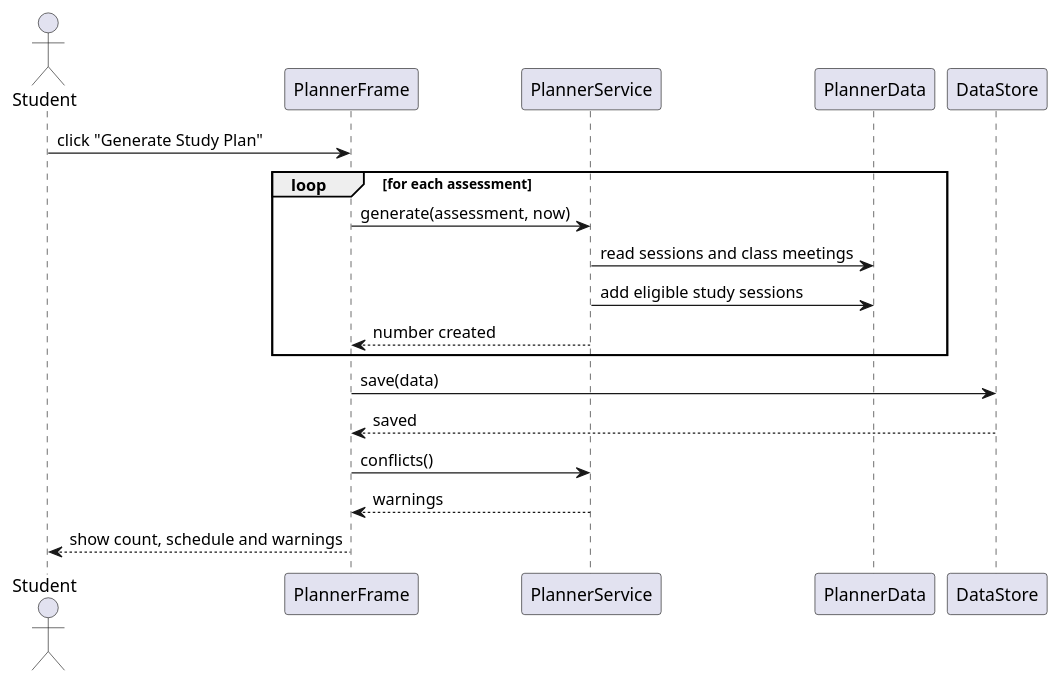
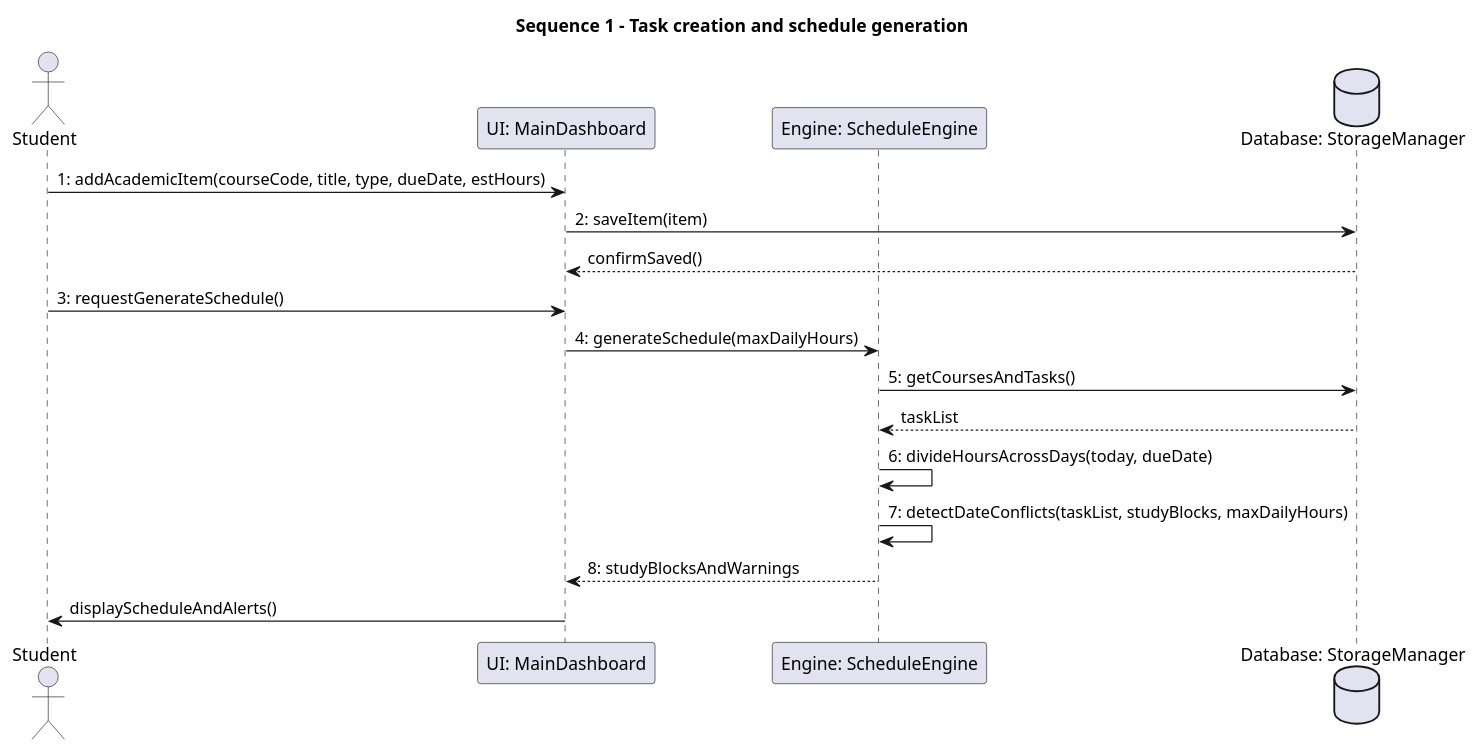
Before and after one commit to bilal-feroz/SAD-project: the diagram in uml/sequence_diagram.puml, drawn with PlantUML. The commit also changed 44 other files, not shown here.

First line of the commit message:
Rebuild the program to the final analysis document

```diff
--- a/uml/sequence_diagram.puml
+++ b/uml/sequence_diagram.puml
@@ -1,19 +1,20 @@
 @startuml
+' Sequence 1 of the final analysis document (section 5.2): task creation and schedule generation.
+title Sequence 1 - Task creation and schedule generation
 actor Student
-participant PlannerFrame
-participant PlannerService
-participant PlannerData
-participant DataStore
-Student -> PlannerFrame : click "Generate Study Plan"
-loop for each assessment
- PlannerFrame -> PlannerService : generate(assessment, now)
- PlannerService -> PlannerData : read sessions and class meetings
- PlannerService -> PlannerData : add eligible study sessions
- PlannerService --> PlannerFrame : number created
-end
-PlannerFrame -> DataStore : save(data)
-DataStore --> PlannerFrame : saved
-PlannerFrame -> PlannerService : conflicts()
-PlannerService --> PlannerFrame : warnings
-PlannerFrame --> Student : show count, schedule and warnings
+participant "UI: MainDashboard" as UI
+participant "Engine: ScheduleEngine" as Engine
+database "Database: StorageManager" as DB
+
+Student -> UI : 1: addAcademicItem(courseCode, title, type, dueDate, estHours)
+UI -> DB : 2: saveItem(item)
+DB --> UI : confirmSaved()
+Student -> UI : 3: requestGenerateSchedule()
+UI -> Engine : 4: generateSchedule(maxDailyHours)
+Engine -> DB : 5: getCoursesAndTasks()
+DB --> Engine : taskList
+Engine -> Engine : 6: divideHoursAcrossDays(today, dueDate)
+Engine -> Engine : 7: detectDateConflicts(taskList, studyBlocks, maxDailyHours)
+Engine --> UI : 8: studyBlocksAndWarnings
+UI -> Student : displayScheduleAndAlerts()
 @enduml
```
